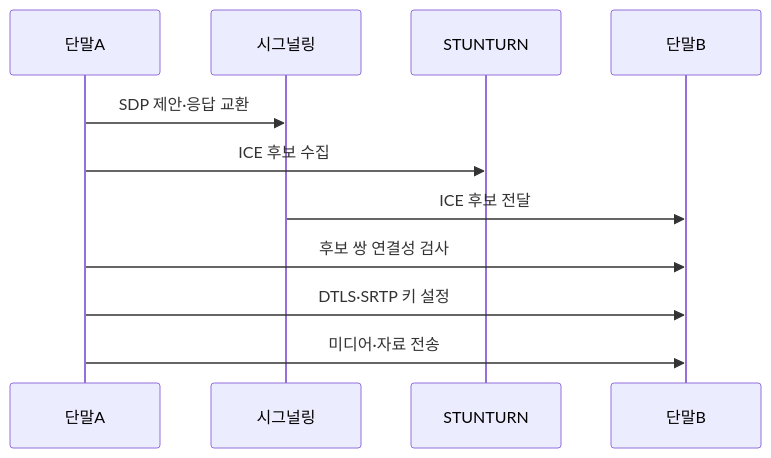
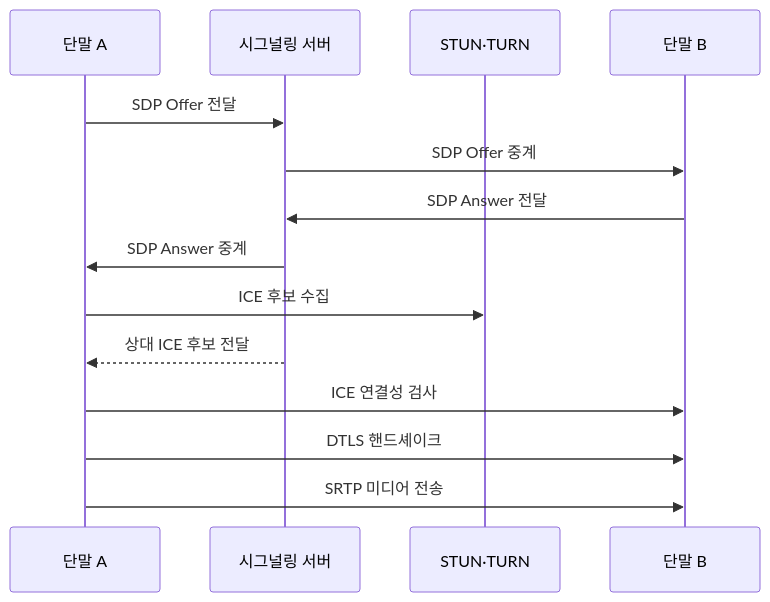
Before and after one commit to agnusdei1207/knowledge-base: the second of 2 diagrams in src/content/docs/notes/04-network/109_webrtc.md, drawn with Mermaid. The commit also changed other lines of this file and 6 other files, not shown here.

````diff
--- a/src/content/docs/notes/04-network/109_webrtc.md
+++ b/src/content/docs/notes/04-network/109_webrtc.md
@@ -86,13 +85,16 @@
 ```mermaid
 sequenceDiagram
-    participant 단말A
-    participant 시그널링
-    participant STUNTURN
-    participant 단말B
-    단말A->>시그널링: SDP 제안·응답 교환
-    단말A->>STUNTURN: ICE 후보 수집
-    시그널링->>단말B: ICE 후보 전달
-    단말A->>단말B: 후보 쌍 연결성 검사
-    단말A->>단말B: DTLS·SRTP 키 설정
-    단말A->>단말B: 미디어·자료 전송
+    participant A as 단말 A
+    participant S as 시그널링 서버
+    participant T as STUN·TURN
+    participant B as 단말 B
+    A->>S: SDP Offer 전달
+    S->>B: SDP Offer 중계
+    B->>S: SDP Answer 전달
+    S->>A: SDP Answer 중계
+    A->>T: ICE 후보 수집
+    S-->>A: 상대 ICE 후보 전달
+    A->>B: ICE 연결성 검사
+    A->>B: DTLS 핸드셰이크
+    A->>B: SRTP 미디어 전송
 ```
````
